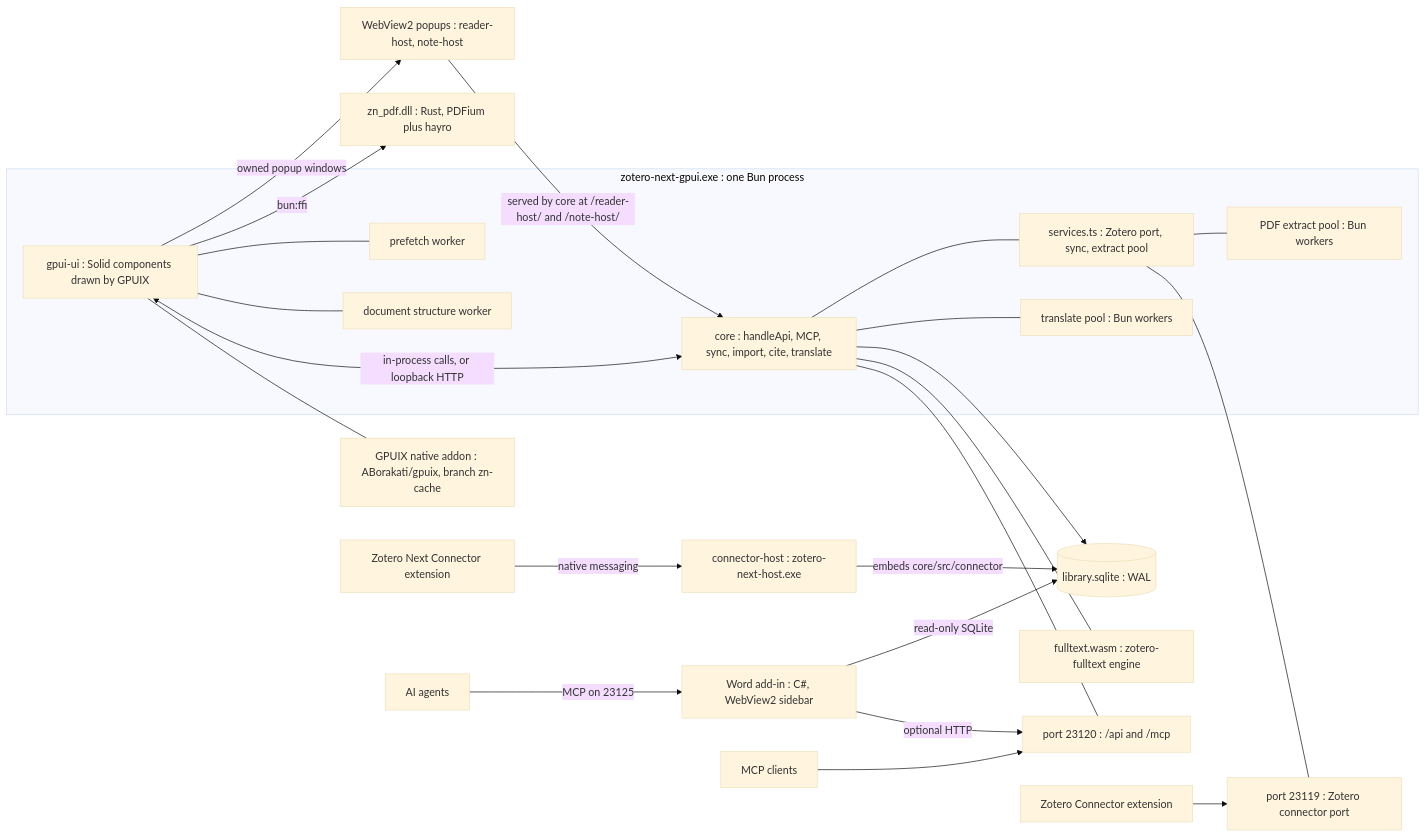
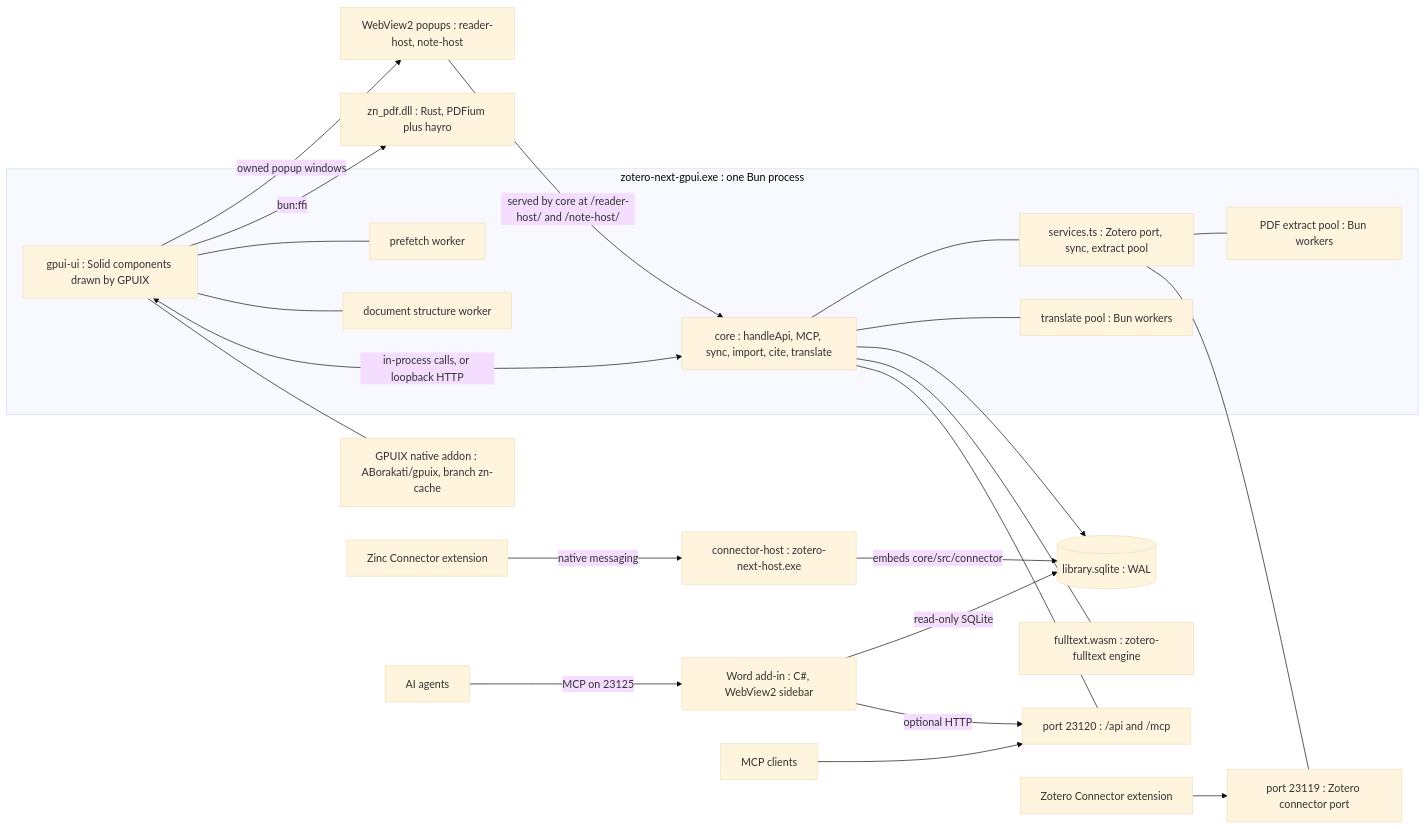
The diagram in docs/developer-guide/architecture.md (ABorakati/zinc), drawn with Mermaid (base theme) before and after one commit. The commit also changed other lines of this file and 119 other files, not shown here.

First line of the commit message:
Rename Zotero Next to Zinc; new Zn logo; AGPL-3.0 licence; side-project notice

````diff
--- a/docs/developer-guide/architecture.md
+++ b/docs/developer-guide/architecture.md
@@ -9,42 +9,42 @@
 ```mermaid
 flowchart LR
   subgraph proc["zotero-next-gpui.exe : one Bun process"]
     ui["gpui-ui : Solid components drawn by GPUIX"]
     core["core : handleApi, MCP, sync, import, cite, translate"]
     svc["services.ts : Zotero port, sync, extract pool"]
     wt["translate pool : Bun workers"]
     wx["PDF extract pool : Bun workers"]
     wp["prefetch worker"]
     wd["document structure worker"]
     ui <-->|"in-process calls, or loopback HTTP"| core
     core --- svc
     core --- wt
     svc --- wx
     ui --- wp
     ui --- wd
   end
   db[("library.sqlite : WAL")]
   core --> db
   pdf["zn_pdf.dll : Rust, PDFium plus hayro"]
   ui -->|"bun:ffi"| pdf
   wv["WebView2 popups : reader-host, note-host"]
   ui -->|"owned popup windows"| wv
   wv -->|"served by core at /reader-host/ and /note-host/"| core
   gpuix["GPUIX native addon : ABorakati/gpuix, branch zn-cache"]
   ui --- gpuix
   fx["fulltext.wasm : zotero-fulltext engine"]
   core --- fx
   api["port 23120 : /api and /mcp"]
   zp["port 23119 : Zotero connector port"]
   core --- api
   svc --- zp
   mcpc["MCP clients"] --> api
   conn["Zotero Connector extension"] --> zp
   word["Word add-in : C#, WebView2 sidebar"]
   word -->|"read-only SQLite"| db
   word -->|"optional HTTP"| api
   agents["AI agents"] -->|"MCP on 23125"| word
   host["connector-host : zotero-next-host.exe"]
-  ext["Zotero Next Connector extension"] -->|"native messaging"| host
+  ext["Zinc Connector extension"] -->|"native messaging"| host
   host -->|"embeds core/src/connector"| db
 ```
````
